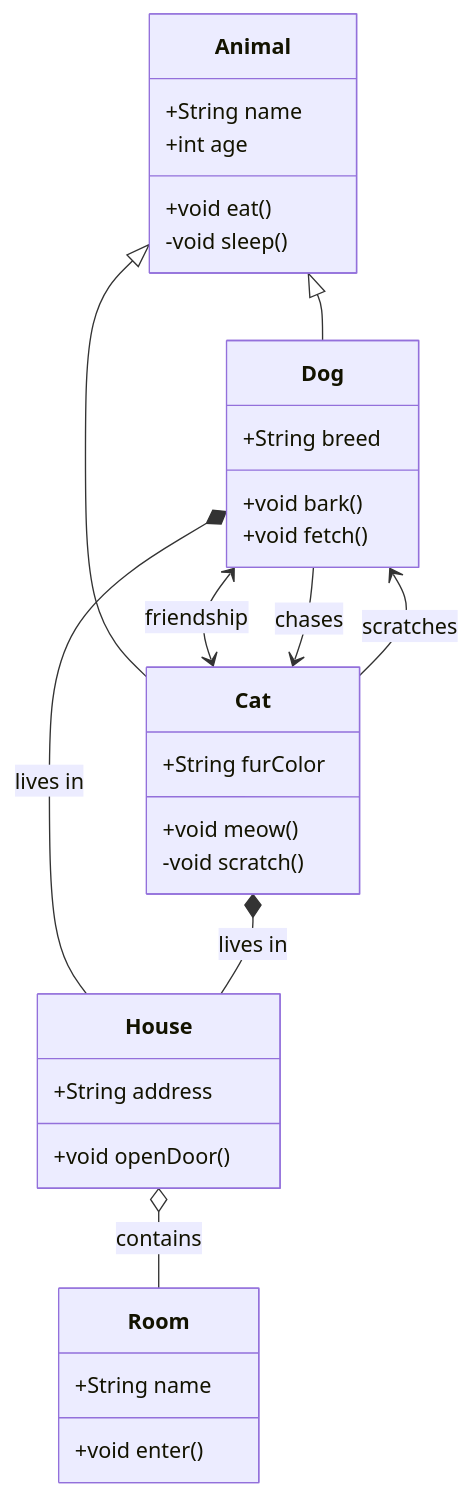
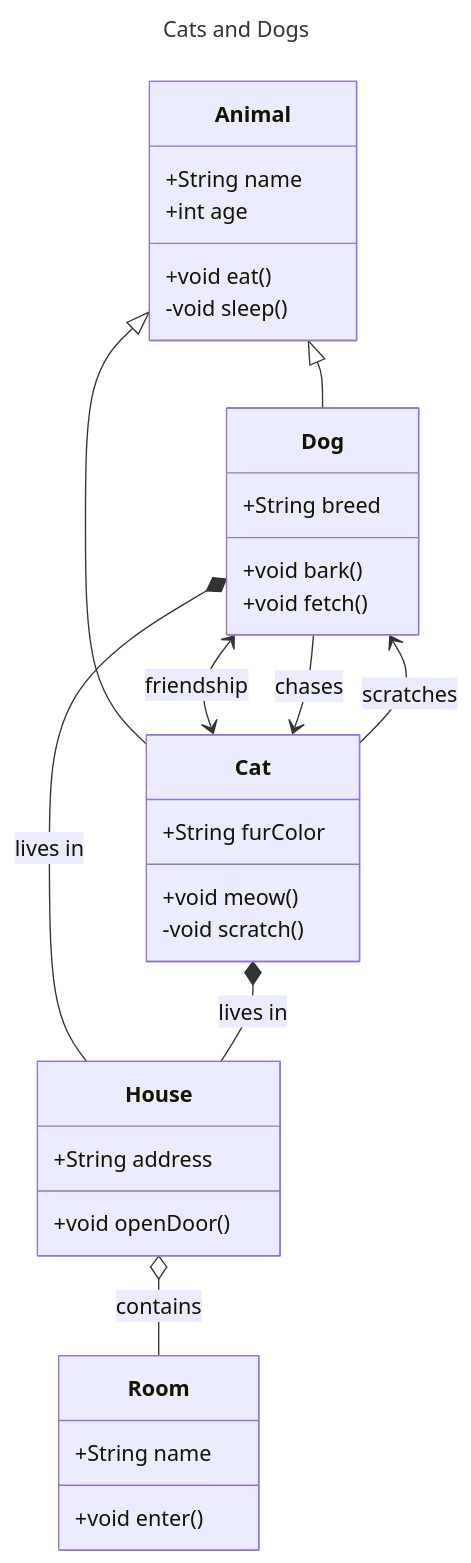
Before and after one commit to petervdpas/mermaid-bridge: the first of 2 diagrams in README.md, drawn with Mermaid. The commit also changed other lines of this file, not shown here.

Commit message:
comment in mermaid readme

````diff
--- a/README.md
+++ b/README.md
@@ -87,35 +91,39 @@
 ```mermaid
+---
+title: Cats and Dogs
+author: Peter van de Pas
+---
 classDiagram
    class Animal {
       +String name
       +int age
       +void eat()
       -void sleep()
    }
    class Dog {
       +String breed
       +void bark()
       +void fetch()
    }
    class Cat {
       +String furColor
       +void meow()
       -void scratch()
    }
    class House {
       +String address
       +void openDoor()
    }
    class Room {
       +String name
       +void enter()
    }
    Animal <|-- Dog
    Animal <|-- Cat
    Dog <--> Cat : friendship
    Dog --> Cat : chases
    Cat --> Dog : scratches
    Dog *-- House : lives in
    Cat *-- House : lives in
    House o-- Room : contains
 ```
````
